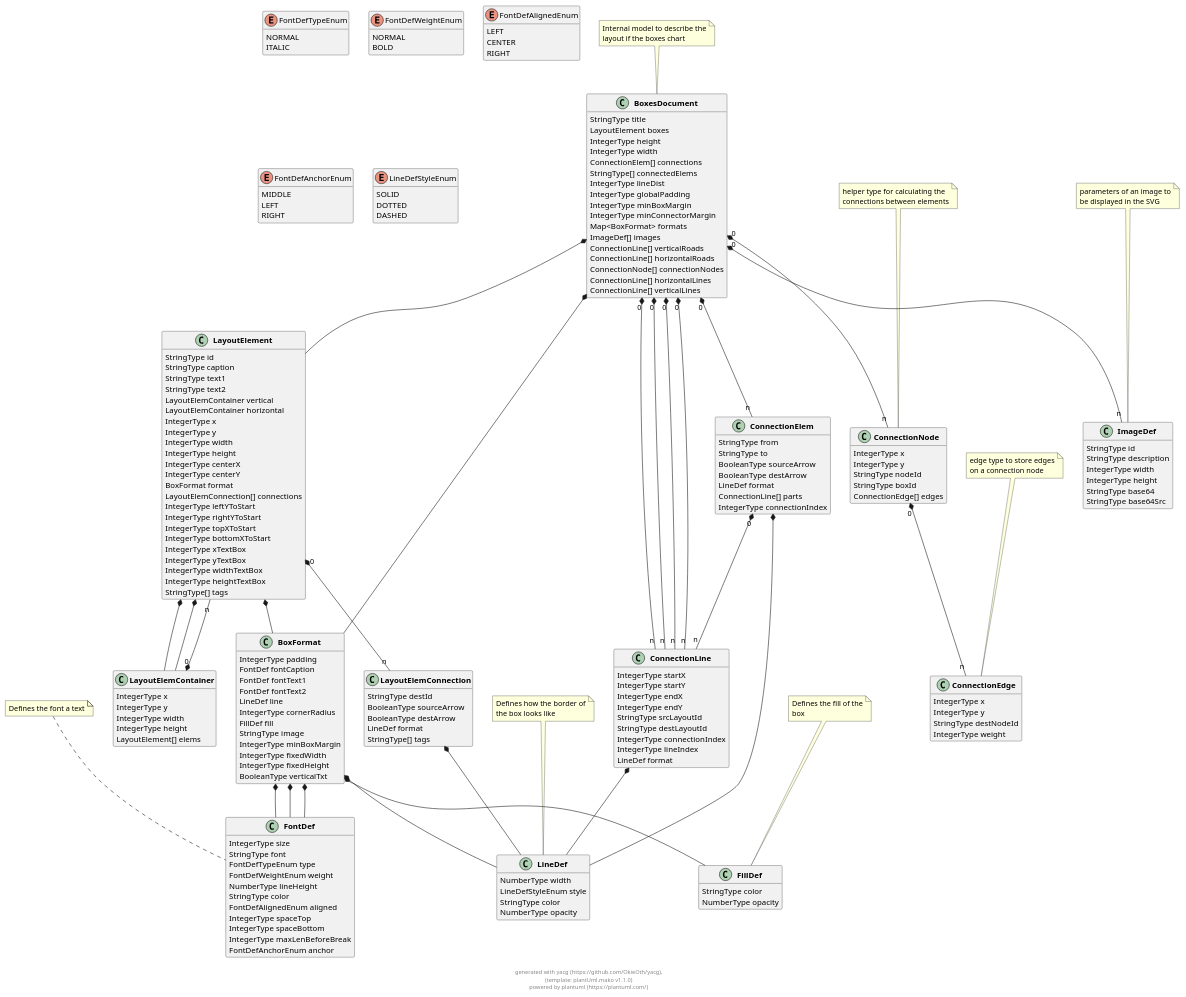
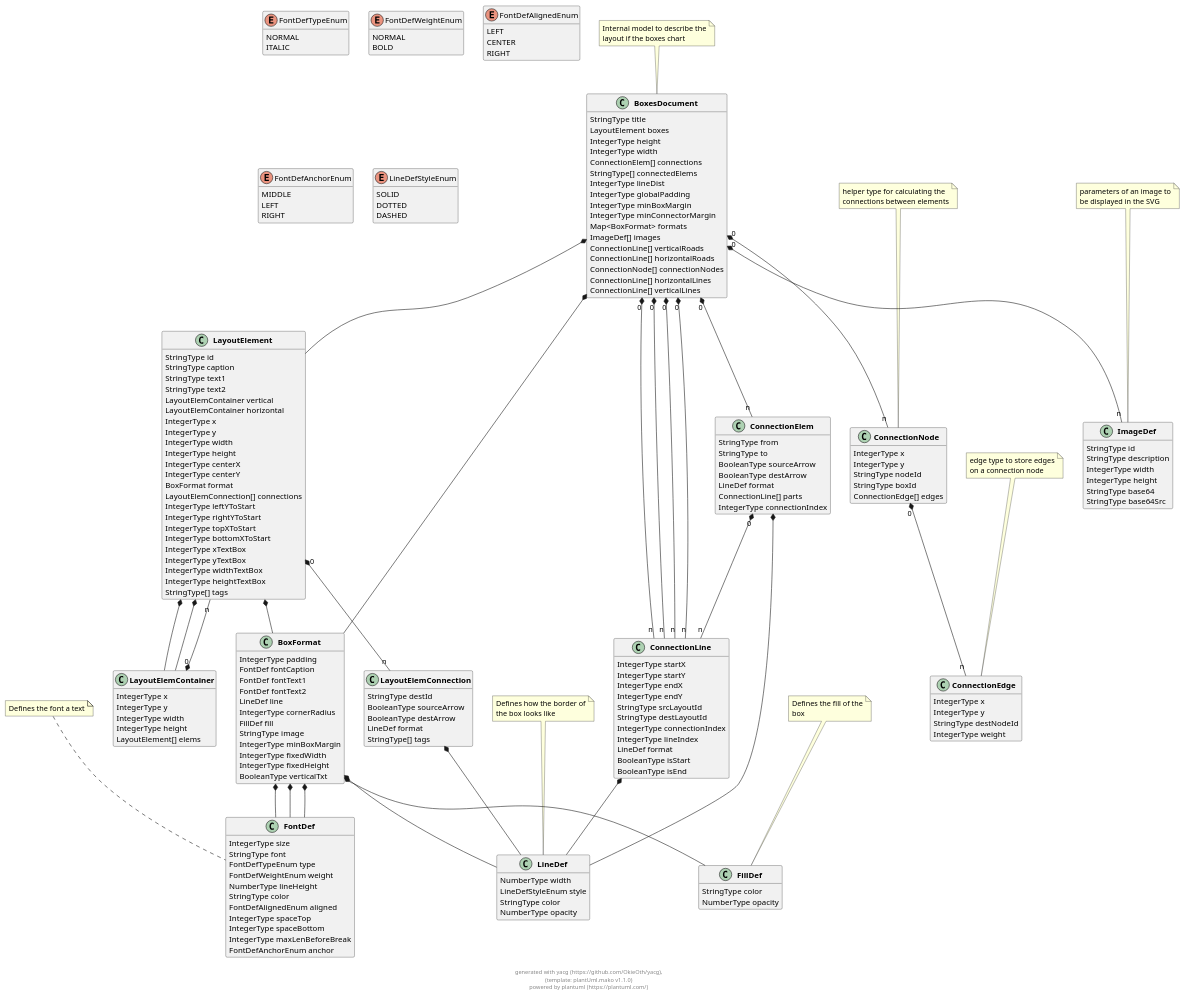
Before and after one commit to OkieOth/draw.chart.things: the diagram in docs/models/puml/boxes_document.puml, drawn with PlantUML. The commit also changed 13 other files, not shown here.

```diff
--- a/docs/models/puml/boxes_document.puml
+++ b/docs/models/puml/boxes_document.puml
@@ -95,6 +95,8 @@
         IntegerType connectionIndex
         IntegerType lineIndex
         LineDef format
+        BooleanType isStart
+        BooleanType isEnd
 }
 
  
@@ -311,6 +313,8 @@
 
 ConnectionLine  *--  LineDef
 
+
+
     
 
 
```
